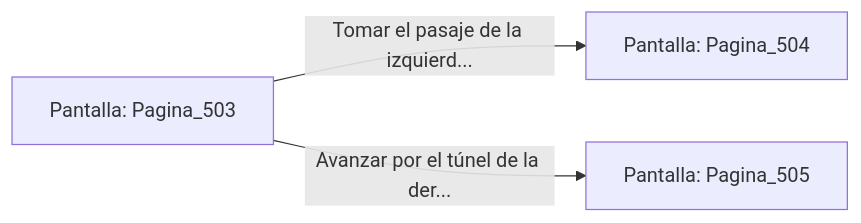
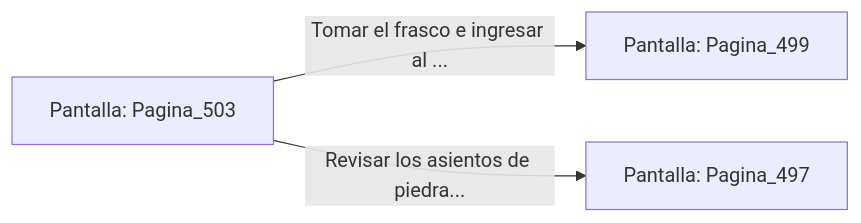
The diagram in sample/eligejuego-vault/Pantalla_Pagina_503.md (metsuke/mpl), drawn with Mermaid before and after one commit. The commit also changed other lines of this file and 635 other files, not shown here.

First line of the commit message:
fix: añadir Pagina_1 como pantalla inicial en capitulo_01.mpl

````diff
--- a/sample/eligejuego-vault/Pantalla_Pagina_503.md
+++ b/sample/eligejuego-vault/Pantalla_Pagina_503.md
@@ -20,6 +24,6 @@
 ```mermaid
 graph LR
     P_Pagina_503["Pantalla: Pagina_503"]
-    P_Pagina_503 -->|"Tomar el pasaje de la izquierd..."| P_Pagina_504["Pantalla: Pagina_504"]
-    P_Pagina_503 -->|"Avanzar por el túnel de la der..."| P_Pagina_505["Pantalla: Pagina_505"]
+    P_Pagina_503 -->|"Tomar el frasco e ingresar al ..."| P_Pagina_499["Pantalla: Pagina_499"]
+    P_Pagina_503 -->|"Revisar los asientos de piedra..."| P_Pagina_497["Pantalla: Pagina_497"]
 ```
````
